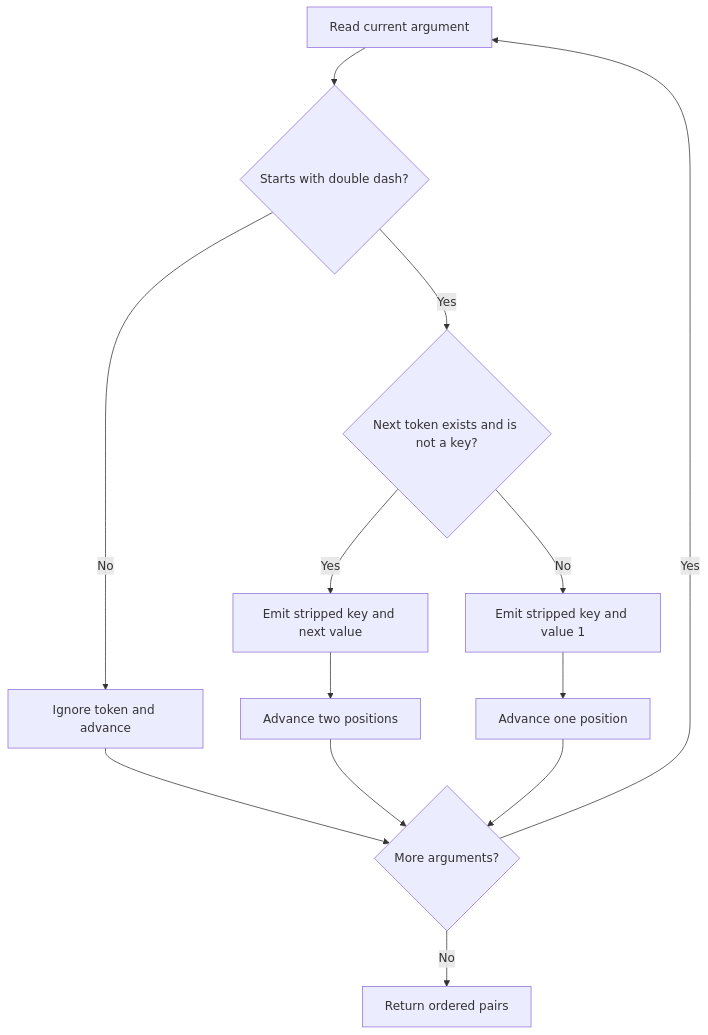
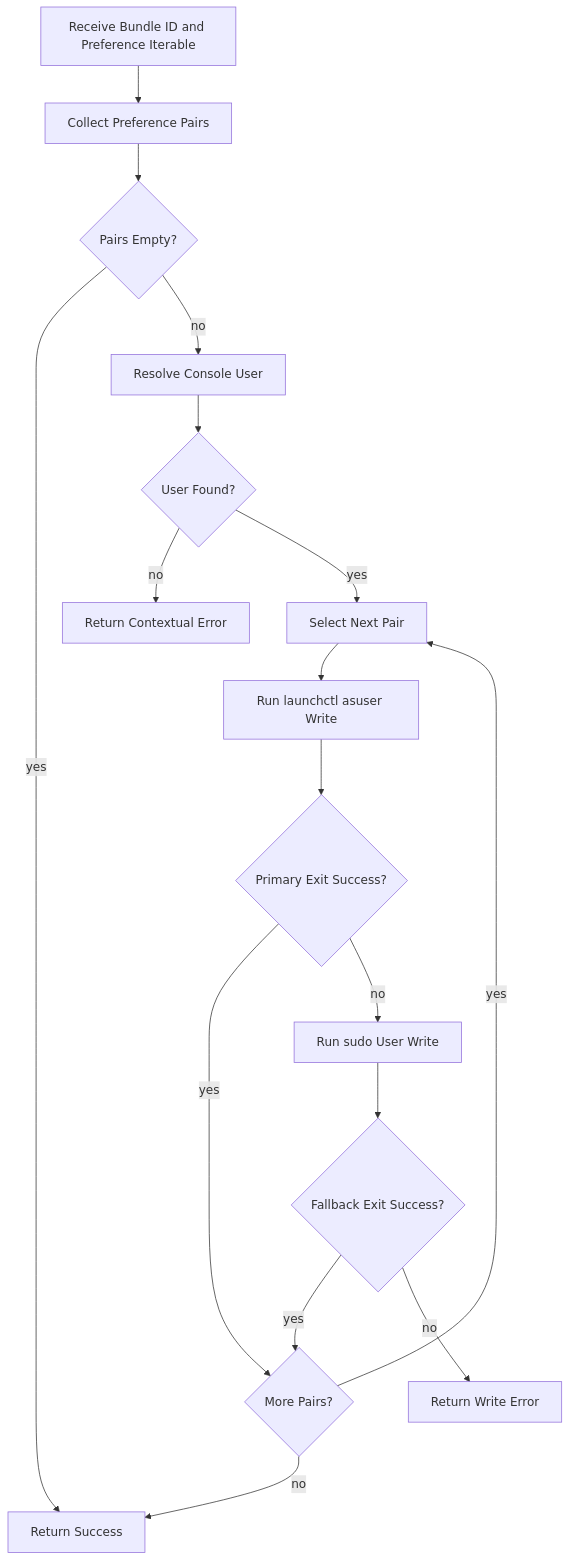
Before and after one commit to flamingo-stack/openframe-oss-tenant: the second of 3 diagrams in docs/reference/architecture/openframe-client-core/platform-preferences-writer/platform-preferences-writer.md, drawn with Mermaid. The commit also changed other lines of this file and 2377 other files, not shown here.

````diff
--- a/docs/reference/architecture/openframe-client-core/platform-preferences-writer/platform-preferences-writer.md
+++ b/docs/reference/architecture/openframe-client-core/platform-preferences-writer/platform-preferences-writer.md
@@ -53,15 +96,19 @@
 ```mermaid
 flowchart TD
-    Start["Read current argument"] --> IsKey{"Starts with double dash?"}
-    IsKey -->|"No"| Skip["Ignore token and advance"]
-    IsKey -->|"Yes"| NextValue{"Next token exists and is not a key?"}
-    NextValue -->|"Yes"| Pair["Emit stripped key and next value"]
-    NextValue -->|"No"| Flag["Emit stripped key and value 1"]
-    Pair --> AdvanceTwo["Advance two positions"]
-    Flag --> AdvanceOne["Advance one position"]
-    Skip --> More{"More arguments?"}
-    AdvanceTwo --> More
-    AdvanceOne --> More
-    More -->|"Yes"| Start
-    More -->|"No"| Result["Return ordered pairs"]
+    Start["Receive Bundle ID and Preference Iterable"] --> Collect["Collect Preference Pairs"]
+    Collect --> Empty{"Pairs Empty?"}
+    Empty -->|"yes"| Complete["Return Success"]
+    Empty -->|"no"| User["Resolve Console User"]
+    User --> UserFound{"User Found?"}
+    UserFound -->|"no"| UserError["Return Contextual Error"]
+    UserFound -->|"yes"| NextPair["Select Next Pair"]
+    NextPair --> Primary["Run launchctl asuser Write"]
+    Primary --> PrimaryResult{"Primary Exit Success?"}
+    PrimaryResult -->|"yes"| MorePairs{"More Pairs?"}
+    PrimaryResult -->|"no"| Retry["Run sudo User Write"]
+    Retry --> RetryResult{"Fallback Exit Success?"}
+    RetryResult -->|"yes"| MorePairs
+    RetryResult -->|"no"| WriteError["Return Write Error"]
+    MorePairs -->|"yes"| NextPair
+    MorePairs -->|"no"| Complete
 ```
````
